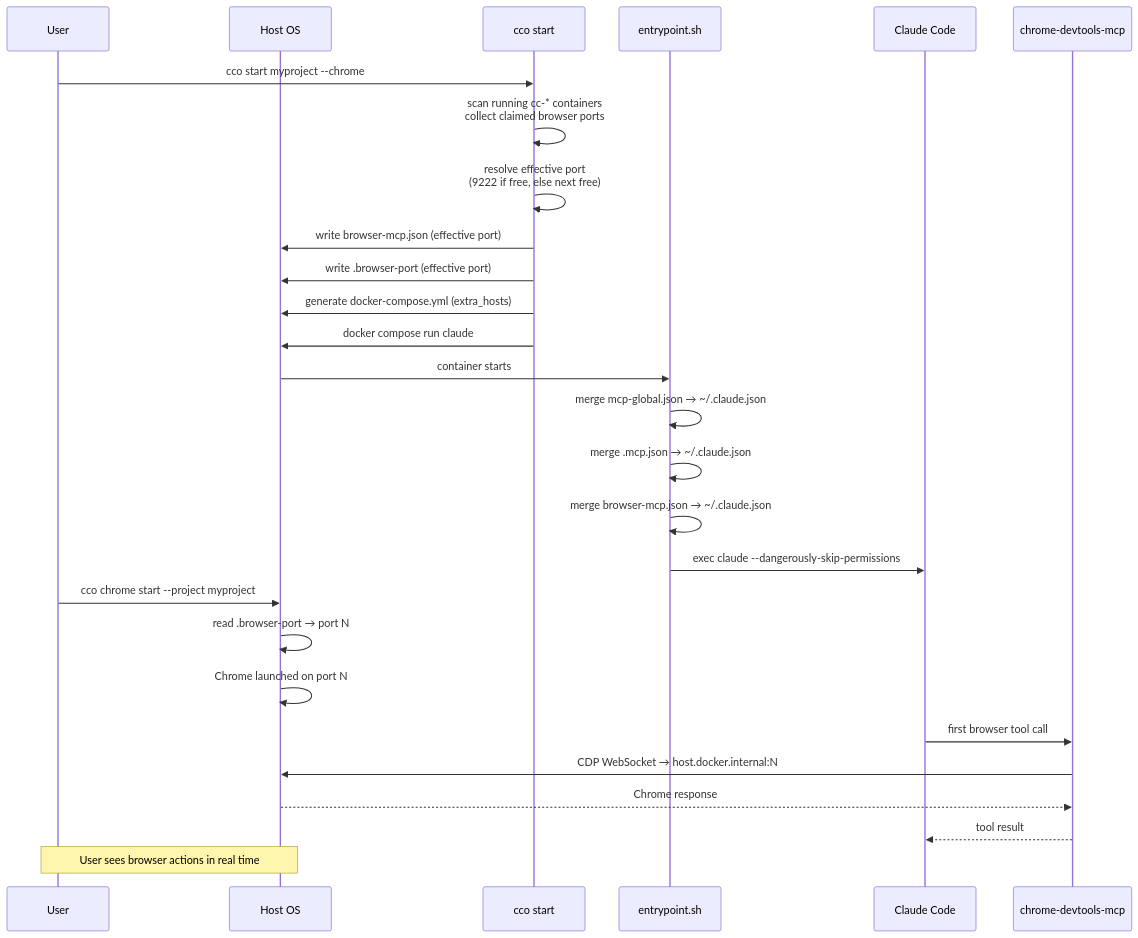
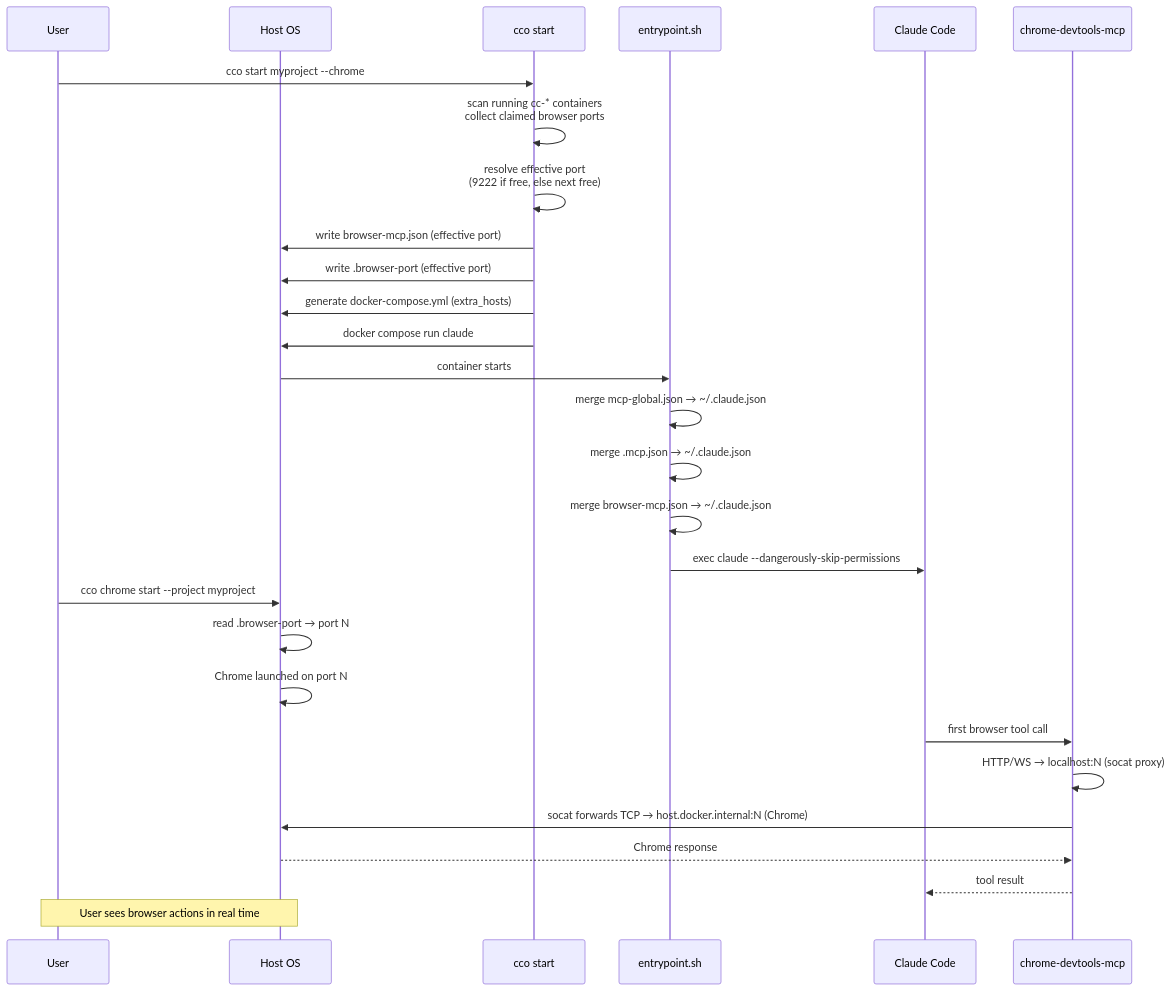
Before and after one commit to alergyonthestage/claude-orchestrator: the first of 2 diagrams in docs/maintainer/browser-mcp/design.md, drawn with Mermaid. The commit also changed other lines of this file and 3 other files, not shown here.

First line of the commit message:
fix(browser-mcp): Chrome 145+ CDP Host header validation via socat proxy

````diff
--- a/docs/maintainer/browser-mcp/design.md
+++ b/docs/maintainer/browser-mcp/design.md
@@ -184,33 +221,34 @@
 ```mermaid
 sequenceDiagram
     participant User
     participant Host as Host OS
     participant cco as cco start
     participant EP as entrypoint.sh
     participant Claude as Claude Code
     participant MCP as chrome-devtools-mcp
 
     User->>cco: cco start myproject --chrome
     cco->>cco: scan running cc-* containers<br/>collect claimed browser ports
     cco->>cco: resolve effective port<br/>(9222 if free, else next free)
     cco->>Host: write browser-mcp.json (effective port)
     cco->>Host: write .browser-port (effective port)
     cco->>Host: generate docker-compose.yml (extra_hosts)
     cco->>Host: docker compose run claude
 
     Host->>EP: container starts
     EP->>EP: merge mcp-global.json → ~/.claude.json
     EP->>EP: merge .mcp.json → ~/.claude.json
     EP->>EP: merge browser-mcp.json → ~/.claude.json
     EP->>Claude: exec claude --dangerously-skip-permissions
 
     User->>Host: cco chrome start --project myproject
     Host->>Host: read .browser-port → port N
     Host->>Host: Chrome launched on port N
 
     Claude->>MCP: first browser tool call
-    MCP->>Host: CDP WebSocket → host.docker.internal:N
+    MCP->>MCP: HTTP/WS → localhost:N (socat proxy)
+    MCP->>Host: socat forwards TCP → host.docker.internal:N (Chrome)
     Host-->>MCP: Chrome response
     MCP-->>Claude: tool result
     Note over User,Host: User sees browser actions in real time
 ```
````
